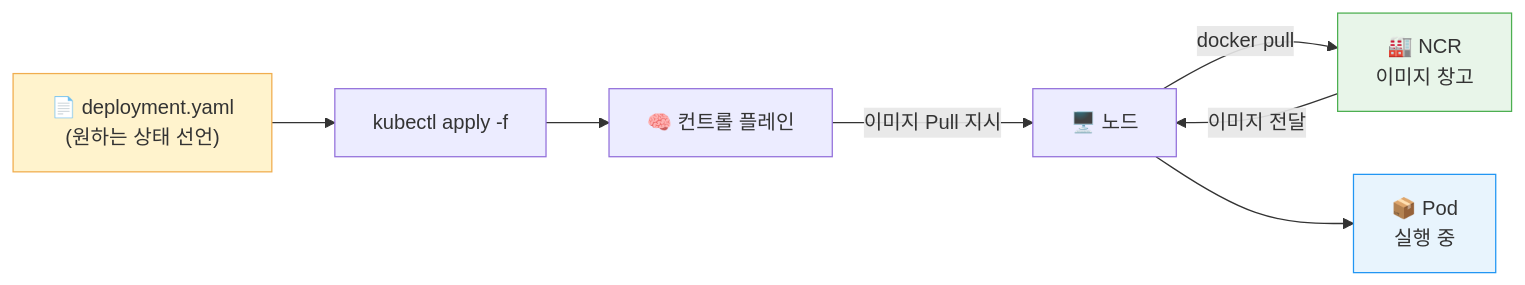
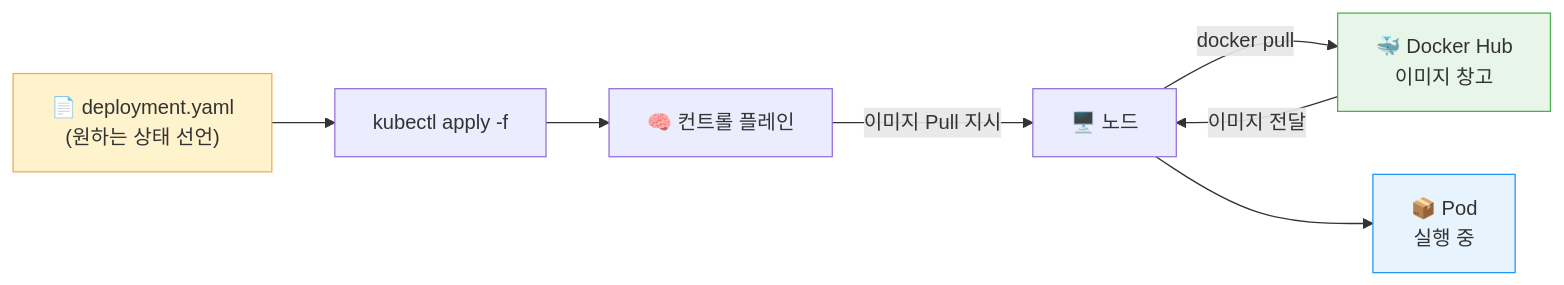
The first of 2 diagrams in docs/day2/session4.md (skilleat-labs/cloud-native-minwon-lab), drawn with Mermaid before and after one commit. The commit also changed other lines of this file and 1 other file, not shown here.

Commit message:
docs: 2차시 Docker Hub 이미지로 전환, NCR 로그인 단계 제거
- session2.md: NCR 로그인 STEP 제거, docker pull/run 명령을 skilleat/minwon-complaint-app:latest로 변경, 단계 번호 재정렬
- session4.md: NCR 문구를 Docker Hub로 교체 (다이어그램, 목표, 트러블슈팅)

````diff
--- a/docs/day2/session4.md
+++ b/docs/day2/session4.md
@@ -36,19 +36,19 @@
 ```mermaid
 flowchart LR
     YAML["📄 deployment.yaml\n(원하는 상태 선언)"]
     CMD["kubectl apply -f"]
     CP["🧠 컨트롤 플레인"]
     NODE["🖥️ 노드"]
-    NCR["🏭 NCR\n이미지 창고"]
+    HUB["🐳 Docker Hub\n이미지 창고"]
     POD["📦 Pod\n실행 중"]
 
     YAML --> CMD --> CP
     CP -->|"이미지 Pull 지시"| NODE
-    NODE -->|"docker pull"| NCR
-    NCR -->|"이미지 전달"| NODE
+    NODE -->|"docker pull"| HUB
+    HUB -->|"이미지 전달"| NODE
     NODE --> POD
 
     style YAML fill:#fff3cd,stroke:#f0ad4e
     style POD fill:#e8f4fd,stroke:#2196F3
-    style NCR fill:#e8f5e9,stroke:#4caf50
+    style HUB fill:#e8f5e9,stroke:#4caf50
 ```
````
